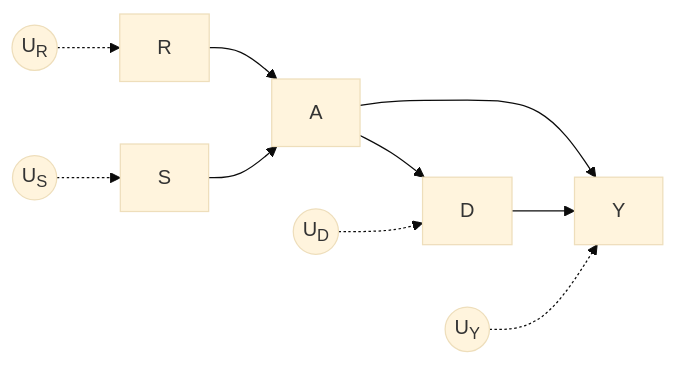
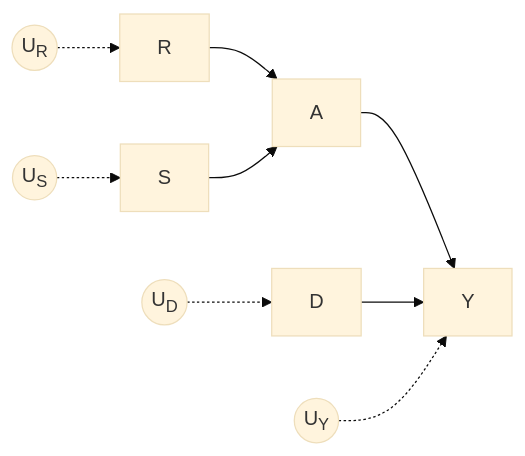
One commit to maj-biostat/roadmap-sim changed the third of 3 diagrams in notebooks/design-notes.qmd. Above: the diagram before and after it, drawn with Mermaid. The commit also changed other lines of this file, not shown here.

````diff
--- a/notebooks/design-notes.qmd
+++ b/notebooks/design-notes.qmd
@@ -377,19 +377,18 @@
 ```{mermaid}
 %%| label: fig-scenario-3
 %%| fig-cap: Scenario 3, the $U$ denote independent exogenous variables, 
 %%{
   init:{
     "flowchart":{"htmlLabels": "true"},
     "securityLevel": "loose",
     "theme": "base"
 }}%%
 flowchart LR
   R --> A --> Y
   S --> A
-  A --> D
   D --> Y
   UD((U<sub>D)) -.-> D
   US((U<sub>S)) -.-> S
   UR((U<sub>R)) -.-> R
   UY((U<sub>Y)) -.-> Y
 ```
````
